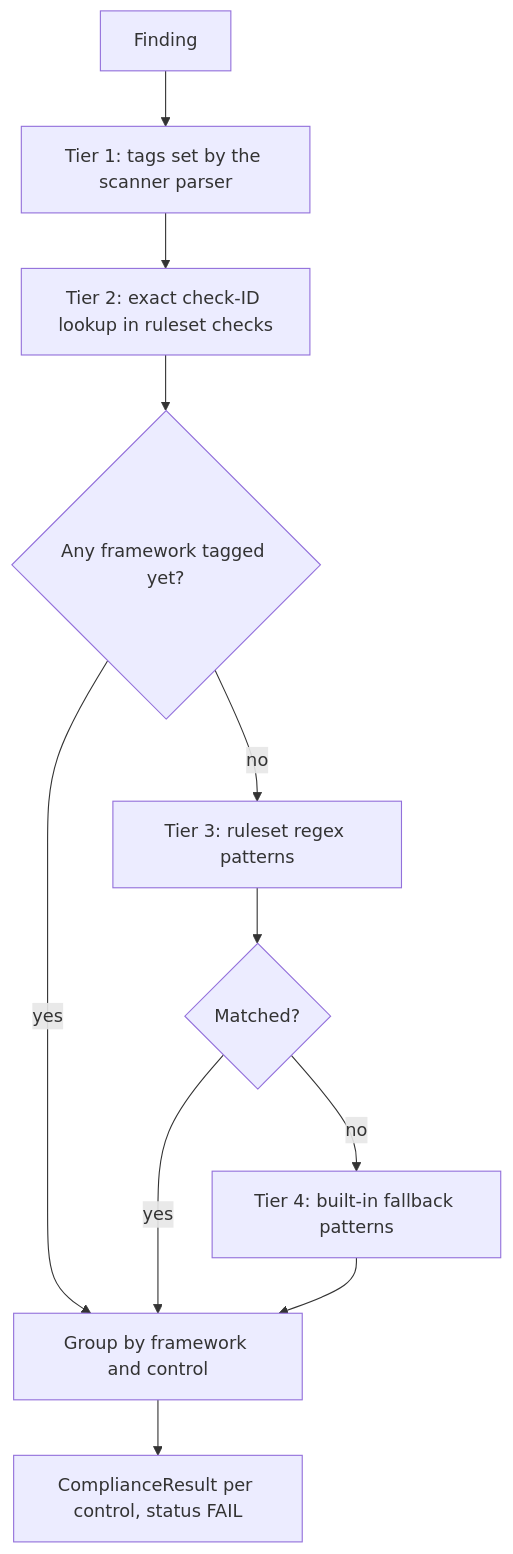
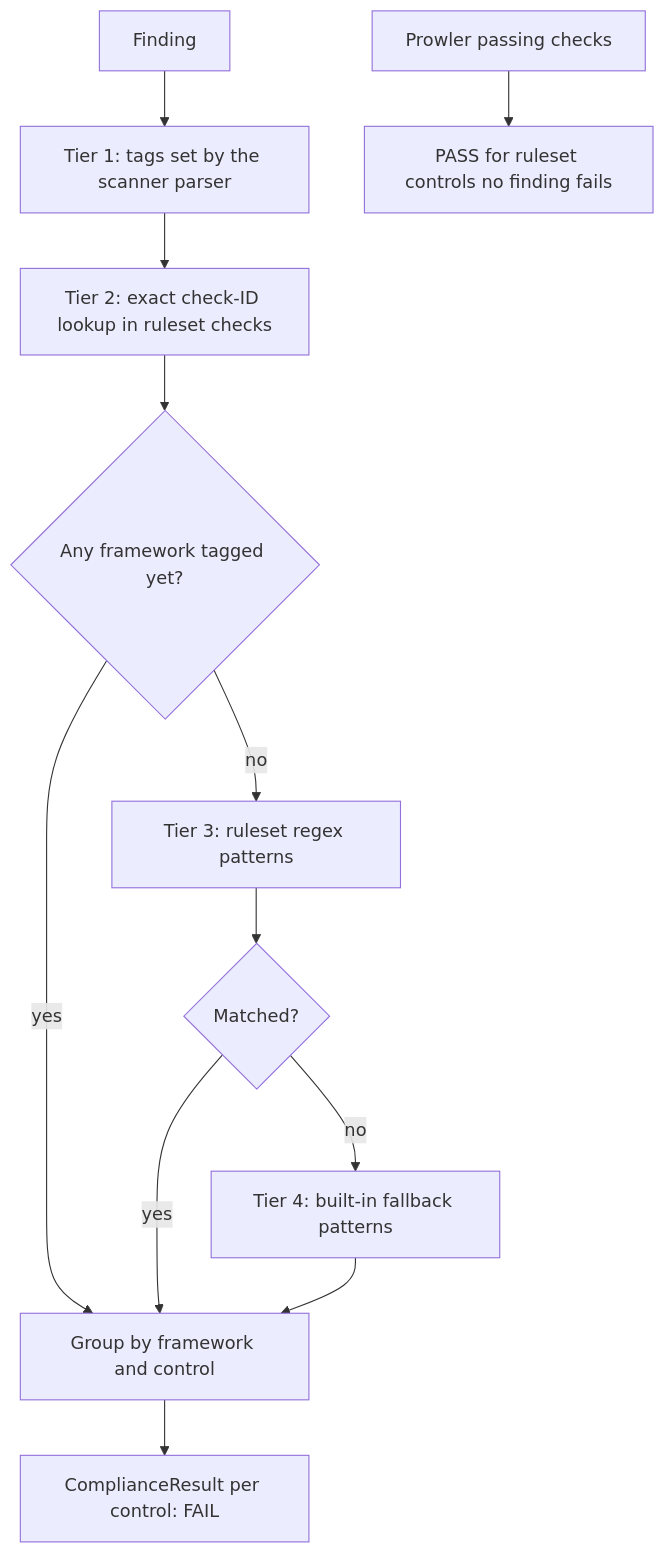
The diagram in site/content/guides/compliance.md (morpheuslord/cloudg), drawn with Mermaid before and after one commit. The commit also changed other lines of this file and 51 other files, not shown here.

````diff
--- a/site/content/guides/compliance.md
+++ b/site/content/guides/compliance.md
@@ -65,13 +65,14 @@
 ```mermaid caption="From a finding to framework controls"
 flowchart TD
   F["Finding"] --> T1["Tier 1: tags set by the scanner parser"]
   T1 --> T2["Tier 2: exact check-ID lookup in ruleset checks"]
   T2 --> Q{"Any framework tagged yet?"}
   Q -->|yes| G["Group by framework and control"]
   Q -->|no| T3["Tier 3: ruleset regex patterns"]
   T3 --> Q2{"Matched?"}
   Q2 -->|yes| G
   Q2 -->|no| T4["Tier 4: built-in fallback patterns"]
   T4 --> G
-  G --> CR["ComplianceResult per control, status FAIL"]
+  G --> CR["ComplianceResult per control: FAIL"]
+  P["Prowler passing checks"] --> PC["PASS for ruleset controls no finding fails"]
 ```
````
